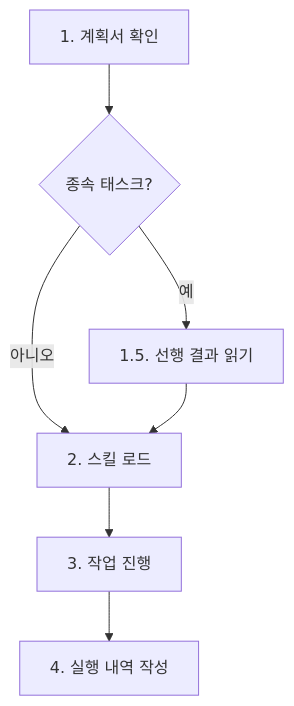
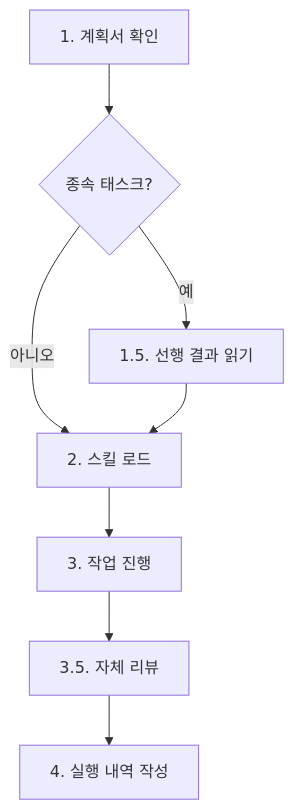
Before and after one commit to KoreanLeeChangHyun/claude-workflow: the diagram in .claude/skills/workflow-agent-worker/SKILL.md, drawn with Mermaid. The commit also changed other lines of this file and 11 other files, not shown here.

````diff
--- a/.claude/skills/workflow-agent-worker/SKILL.md
+++ b/.claude/skills/workflow-agent-worker/SKILL.md
@@ -98,9 +98,10 @@
 ```mermaid
 flowchart TD
     S1[1. 계획서 확인] --> Q1{종속 태스크?}
     Q1 -->|예| S1_5[1.5. 선행 결과 읽기]
     Q1 -->|아니오| S2[2. 스킬 로드]
     S1_5 --> S2
     S2 --> S3[3. 작업 진행]
-    S3 --> S4[4. 실행 내역 작성]
+    S3 --> S3_5[3.5. 자체 리뷰]
+    S3_5 --> S4[4. 실행 내역 작성]
 ```
````
